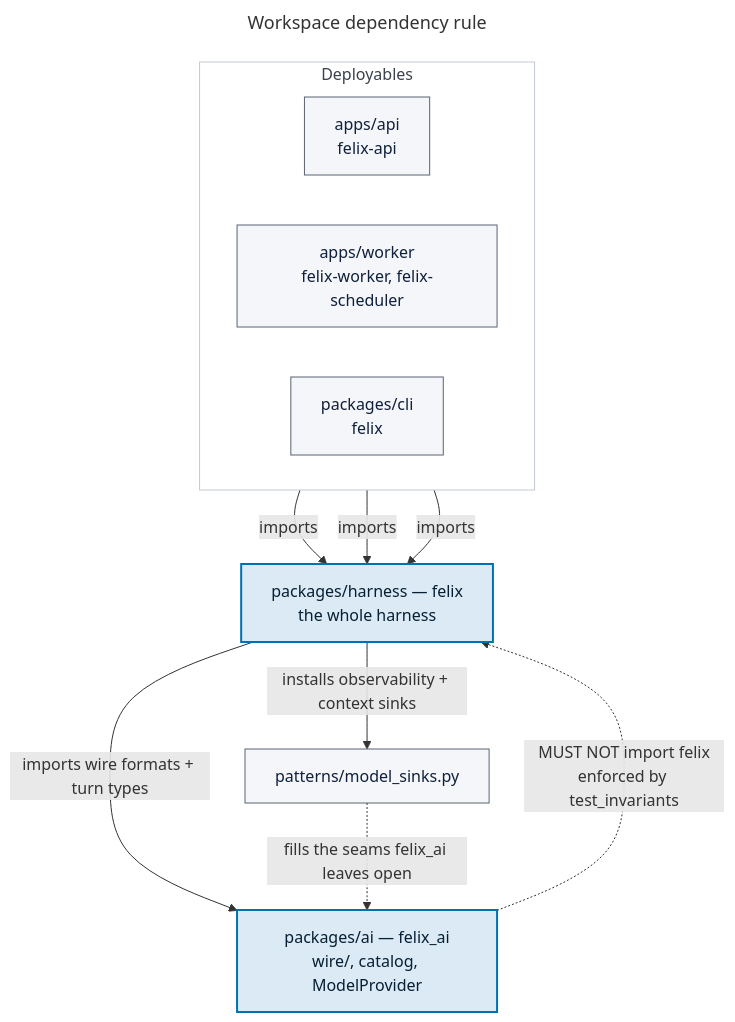
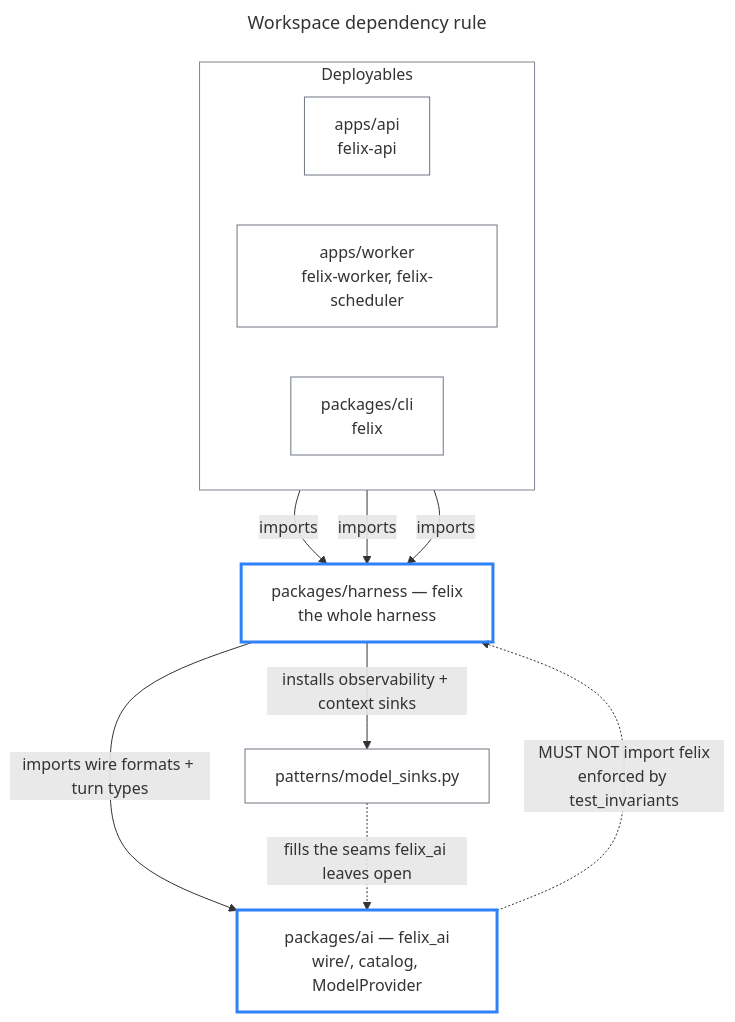
The diagram in docs/diagrams/workspace-deps.mmd (felix-run/felix), drawn with Mermaid before and after one commit. The commit also changed 11 other files, not shown here.

```diff
--- a/docs/diagrams/workspace-deps.mmd
+++ b/docs/diagrams/workspace-deps.mmd
@@ -1,36 +1,36 @@
 ---
 title: Workspace dependency rule
 ---
 %% Source of truth: pyproject.toml workspace members and
 %% tests/unit/test_invariants.py, which fails the build if felix_ai imports felix.
 flowchart TB
     accTitle: Which package may import which, and the one rule that is enforced
     accDescr: felix_ai holds the model layer — the OpenAI and Anthropic wire formats, the model catalog, and the neutral turn types — and it may not import felix. A repo invariant test enforces that, and it is what makes Felix model-agnostic rather than merely claiming to be. Anything the harness needs to inject arrives as a Protocol such as ToolSchema or ModelConfig, or through a sink that patterns/model_sinks.py installs at build time. Everything else depends downward: the API and worker apps and the CLI all import felix, and felix imports felix_ai.
 
     subgraph apps["Deployables"]
         direction LR
         api["apps/api<br/>felix-api"]
         worker["apps/worker<br/>felix-worker, felix-scheduler"]
         cli["packages/cli<br/>felix"]
     end
 
     api -->|"imports"| harness
     worker -->|"imports"| harness
     cli -->|"imports"| harness
 
     harness["packages/harness — felix<br/>the whole harness"]
     harness -->|"imports wire formats + turn types"| ai
 
     ai["packages/ai — felix_ai<br/>wire/, catalog, ModelProvider"]
     ai -.->|"MUST NOT import felix<br/>enforced by test_invariants"| harness
 
     harness -->|"installs observability + context sinks"| sinks["patterns/model_sinks.py"]
     sinks -.->|"fills the seams felix_ai leaves open"| ai
 
     class ai focal
     class harness focal
     class api,worker,cli,sinks primary
 
-    classDef focal    fill:#dbeaf5,stroke:#0072B2,stroke-width:2px,color:#062033
-    classDef primary  fill:#f4f6f9,stroke:#5a6272,stroke-width:1px,color:#10203a
-    style apps fill:none,stroke:#c3c9d4,stroke-width:1px,color:#3b414d
+    classDef focal    fill:none,stroke:#2F81F7,stroke-width:3px
+    classDef primary  fill:none,stroke:#6e7781,stroke-width:1px
+    style apps fill:none,stroke:#7d8590,stroke-width:1px
```
